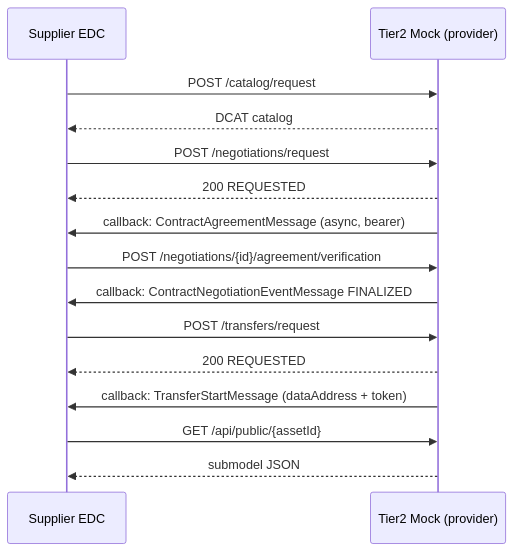
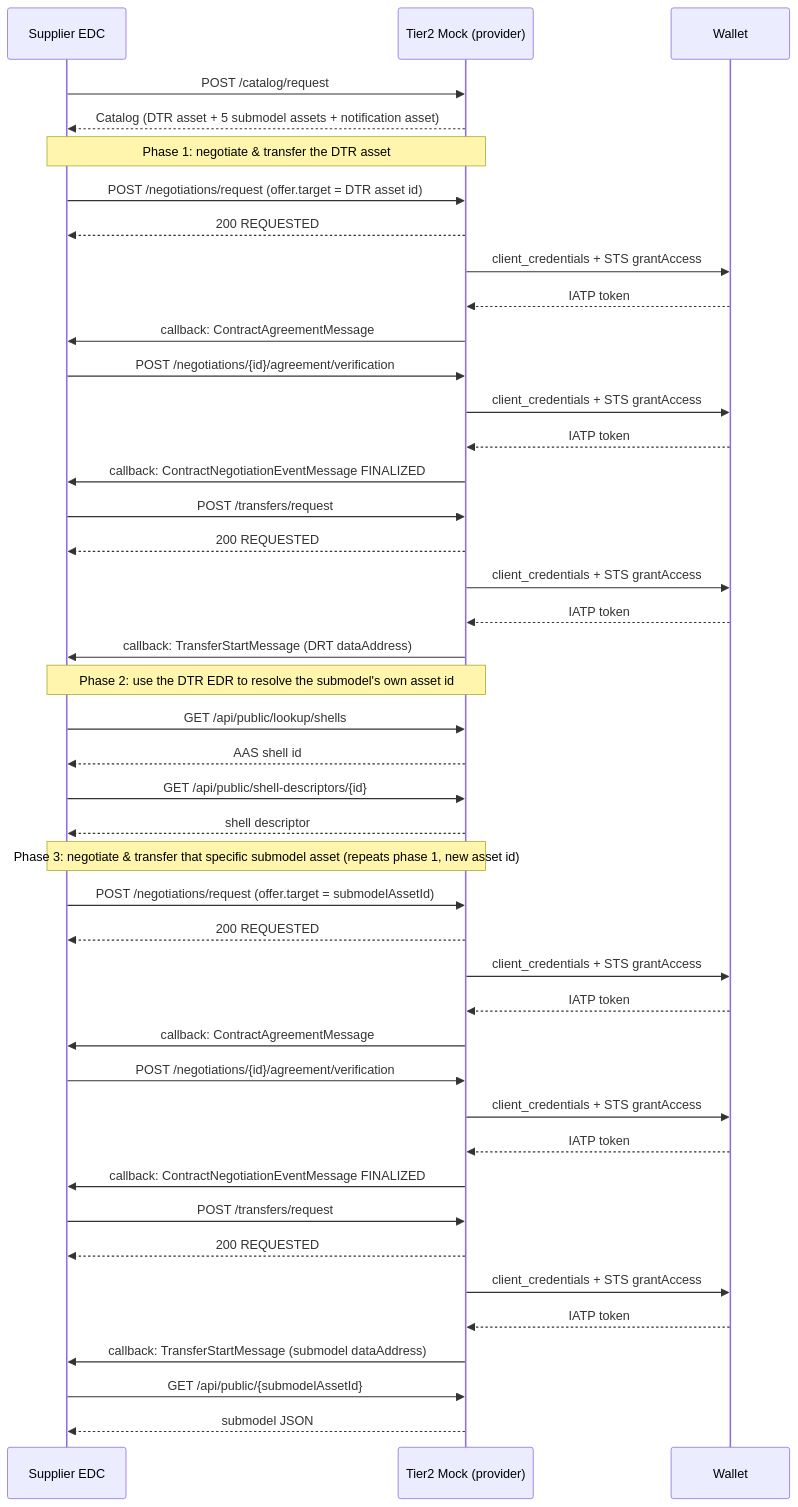
Before and after one commit to eclipse-tractusx/puris: the first of 2 diagrams in docs/mock-participant.md, drawn with Mermaid. The commit also changed other lines of this file, not shown here.

````diff
--- a/docs/mock-participant.md
+++ b/docs/mock-participant.md
@@ -93,17 +101,50 @@
 ```mermaid
 sequenceDiagram
   participant SE as Supplier EDC
   participant M as Tier2 Mock (provider)
+  participant W as Wallet
+
   SE->>M: POST /catalog/request
-  M-->>SE: DCAT catalog
-  SE->>M: POST /negotiations/request
+  M-->>SE: Catalog (DTR asset + 5 submodel assets + notification asset)
+
+  Note over SE,M: Phase 1: negotiate & transfer the DTR asset
+  SE->>M: POST /negotiations/request (offer.target = DTR asset id)
   M-->>SE: 200 REQUESTED
-  M->>SE: callback: ContractAgreementMessage (async, bearer)
+  M->>W: client_credentials + STS grantAccess
+  W-->>M: IATP token
+  M->>SE: callback: ContractAgreementMessage
   SE->>M: POST /negotiations/{id}/agreement/verification
+  M->>W: client_credentials + STS grantAccess
+  W-->>M: IATP token
   M->>SE: callback: ContractNegotiationEventMessage FINALIZED
   SE->>M: POST /transfers/request
   M-->>SE: 200 REQUESTED
-  M->>SE: callback: TransferStartMessage (dataAddress + token)
-  SE->>M: GET /api/public/{assetId}
+  M->>W: client_credentials + STS grantAccess
+  W-->>M: IATP token
+  M->>SE: callback: TransferStartMessage (DRT dataAddress)
+
+  Note over SE,M: Phase 2: use the DTR EDR to resolve the submodel's own asset id
+  SE->>M: GET /api/public/lookup/shells
+  M-->>SE: AAS shell id
+  SE->>M: GET /api/public/shell-descriptors/{id}
+  M-->>SE: shell descriptor
+
+  Note over SE,M: Phase 3: negotiate & transfer that specific submodel asset (repeats phase 1, new asset id)
+  SE->>M: POST /negotiations/request (offer.target = submodelAssetId)
+  M-->>SE: 200 REQUESTED
+  M->>W: client_credentials + STS grantAccess
+  W-->>M: IATP token
+  M->>SE: callback: ContractAgreementMessage
+  SE->>M: POST /negotiations/{id}/agreement/verification
+  M->>W: client_credentials + STS grantAccess
+  W-->>M: IATP token
+  M->>SE: callback: ContractNegotiationEventMessage FINALIZED
+  SE->>M: POST /transfers/request
+  M-->>SE: 200 REQUESTED
+  M->>W: client_credentials + STS grantAccess
+  W-->>M: IATP token
+  M->>SE: callback: TransferStartMessage (submodel dataAddress)
+
+  SE->>M: GET /api/public/{submodelAssetId}
   M-->>SE: submodel JSON
 ```
````
